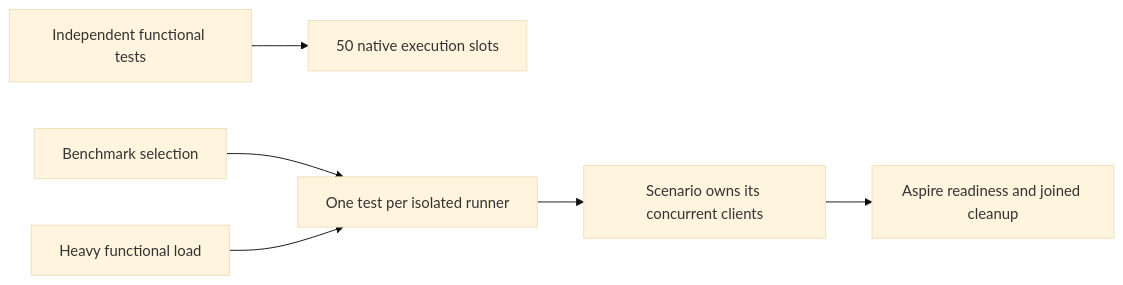
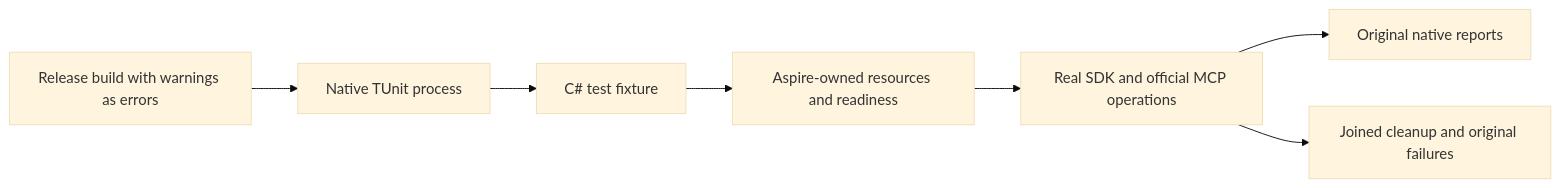
Before and after one commit to managedcode/KeyLoad: the diagram in docs/Features/TestInfrastructure/NativeTUnitEntry.md, drawn with Mermaid (base theme). The commit also changed other lines of this file and 7356 other files, not shown here.

````diff
--- a/docs/Features/TestInfrastructure/NativeTUnitEntry.md
+++ b/docs/Features/TestInfrastructure/NativeTUnitEntry.md
@@ -13,8 +16,9 @@
 ```mermaid
 flowchart LR
-  Functional[Independent functional tests] --> Parallel[50 native execution slots]
-  Measurements[Benchmark selection] --> Exclusive[One test per isolated runner]
-  Heavy[Heavy functional load] --> Exclusive
-  Exclusive --> Clients[Scenario owns its concurrent clients]
-  Clients --> Cleanup[Aspire readiness and joined cleanup]
+    Build[Release build with warnings as errors] --> Native[Native TUnit process]
+    Native --> Fixture[C# test fixture]
+    Fixture --> Aspire[Aspire-owned resources and readiness]
+    Aspire --> Calls[Real SDK and official MCP operations]
+    Calls --> Reports[Original native reports]
+    Calls --> Join[Joined cleanup and original failures]
 ```
````
